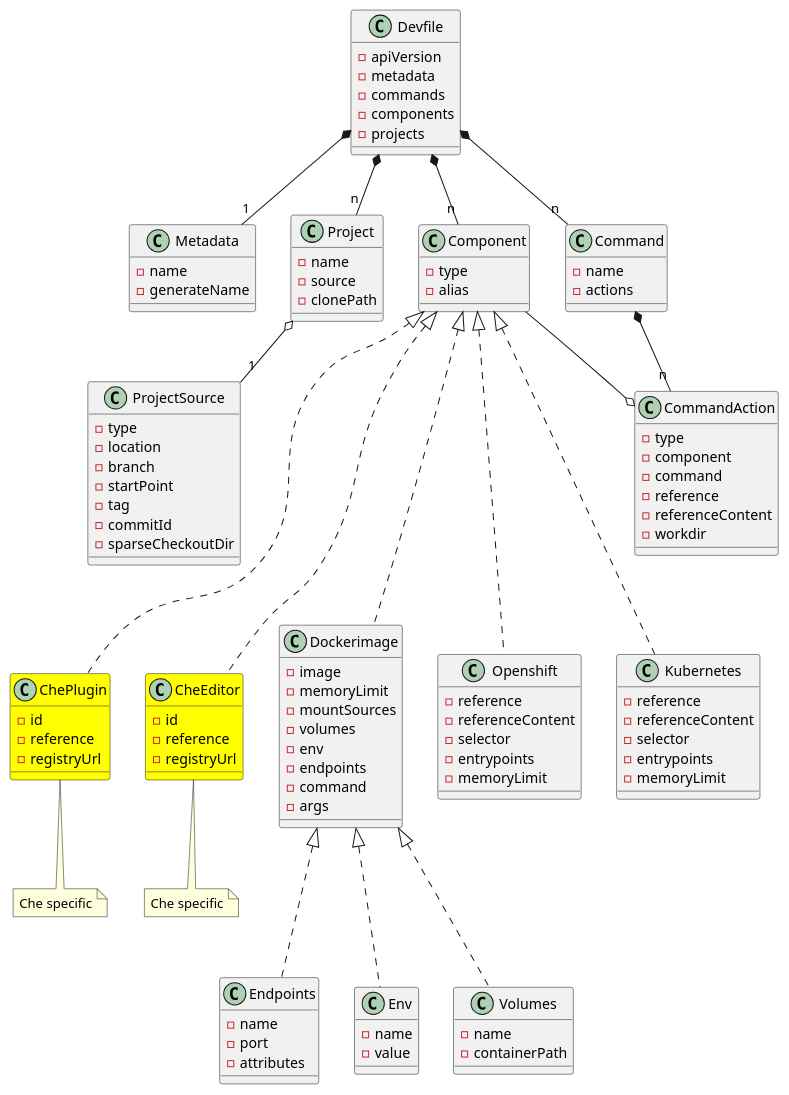
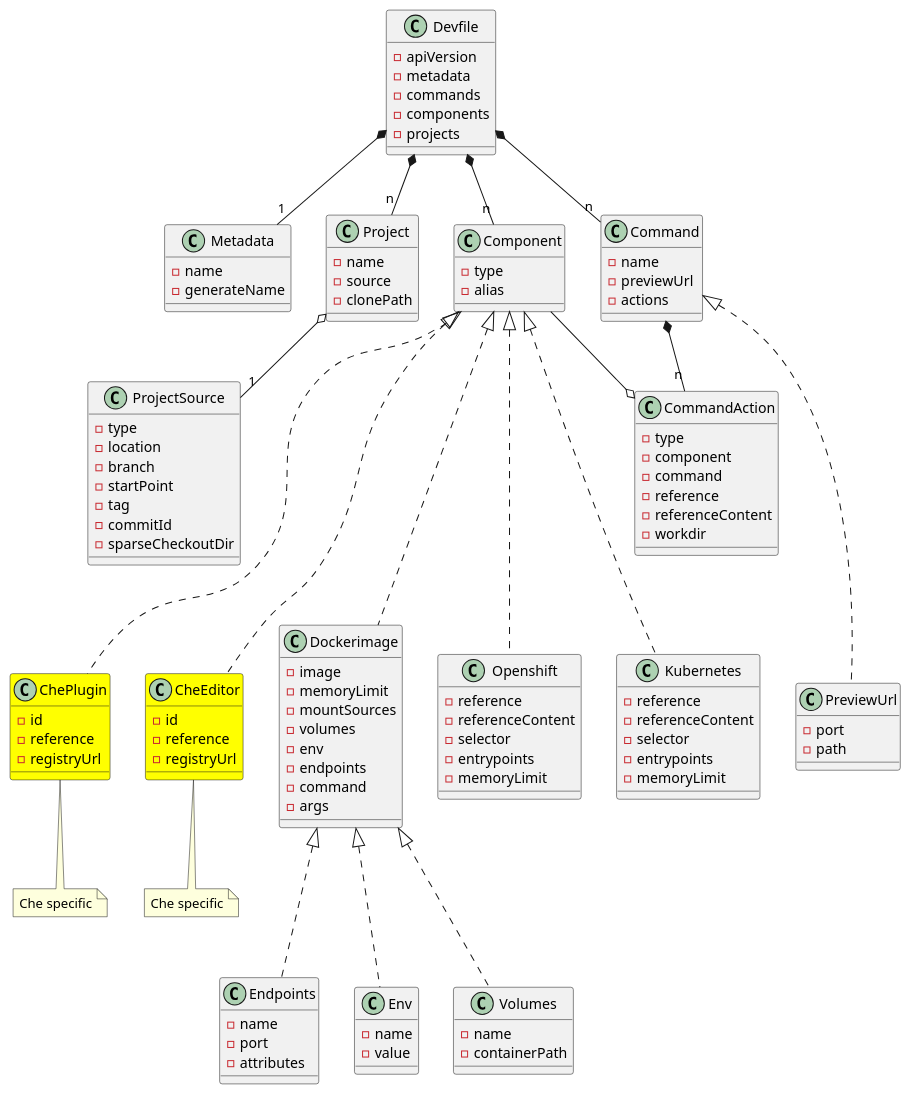
The diagram in devfile_next.plantuml (redhat-developer/devfile), drawn with PlantUML before and after one commit. The commit also changed 9 other files, not shown here.

First line of the commit message:
Preview url stable (#57)

```diff
--- a/devfile_next.plantuml
+++ b/devfile_next.plantuml
@@ -1,143 +1,150 @@
 @startuml devfile_next
 
 class Devfile {
   - apiVersion
   - metadata
   - commands
   - components
   - projects
 }
 
 together {
   class Metadata
   class Component
   class Command
   class Project
 }
 
 Devfile *-- "1" Metadata
 Devfile *-- "n" Component
 Devfile *-- "n" Command
 Devfile *-- "n" Project
 
 class Metadata {
   - name
   - generateName
 }
 
 class Component {
     - type
     - alias
 }
 
 
 Component <|-.. Dockerimage
 Component <|-.. Openshift
 Component <|-.. Kubernetes
 Component <|-.. ChePlugin
 Component <|-.. CheEditor
 
 class Command {
   - name
+  - previewUrl
   - actions
 }
 
 Command *-- "n" CommandAction
+Command <|-.. PreviewUrl
 CommandAction o-- Component
 
 class CommandAction {
   - type
   - component
   - command
   - reference
   - referenceContent
   - workdir
+}
+
+class PreviewUrl {
+  - port
+  - path
 }
 
 class Project {
   - name
   - source
   - clonePath
 }
 
 Project o-- "1" ProjectSource
 
 class ProjectSource {
   - type
   - location
   - branch
   - startPoint
   - tag
   - commitId
   - sparseCheckoutDir
 }
 
 Project -[hidden]> Component
 Component -[hidden]> Command
 ProjectSource -[hidden]> CommandAction
 
 class Dockerimage {
    - image
    - memoryLimit
    - mountSources
    - volumes
    - env
    - endpoints
    - command
    - args
 }
 
 Dockerimage <|-.. Env
 Dockerimage <|-.. Volumes
 Dockerimage <|-.. Endpoints
 
 class Env {
    - name
    - value
 }
 
 class Volumes {
    - name
    - containerPath
 }
 
 class Endpoints {
    - name
    - port
    - attributes
 }
 
 class Openshift {
   - reference
   - referenceContent
   - selector
   - entrypoints
   - memoryLimit
 }
 
 class Kubernetes {
   - reference
   - referenceContent
   - selector
   - entrypoints
   - memoryLimit
 }
 
 class ChePlugin #yellow {
   - id
   - reference
   - registryUrl
 }
 note bottom of ChePlugin: Che specific
 
 class CheEditor #yellow {
   - id
   - reference
   - registryUrl
 }
 note bottom of CheEditor: Che specific
 
 ChePlugin -[hidden]> CheEditor
 CheEditor -[hidden]> Dockerimage
 
 @enduml
```
